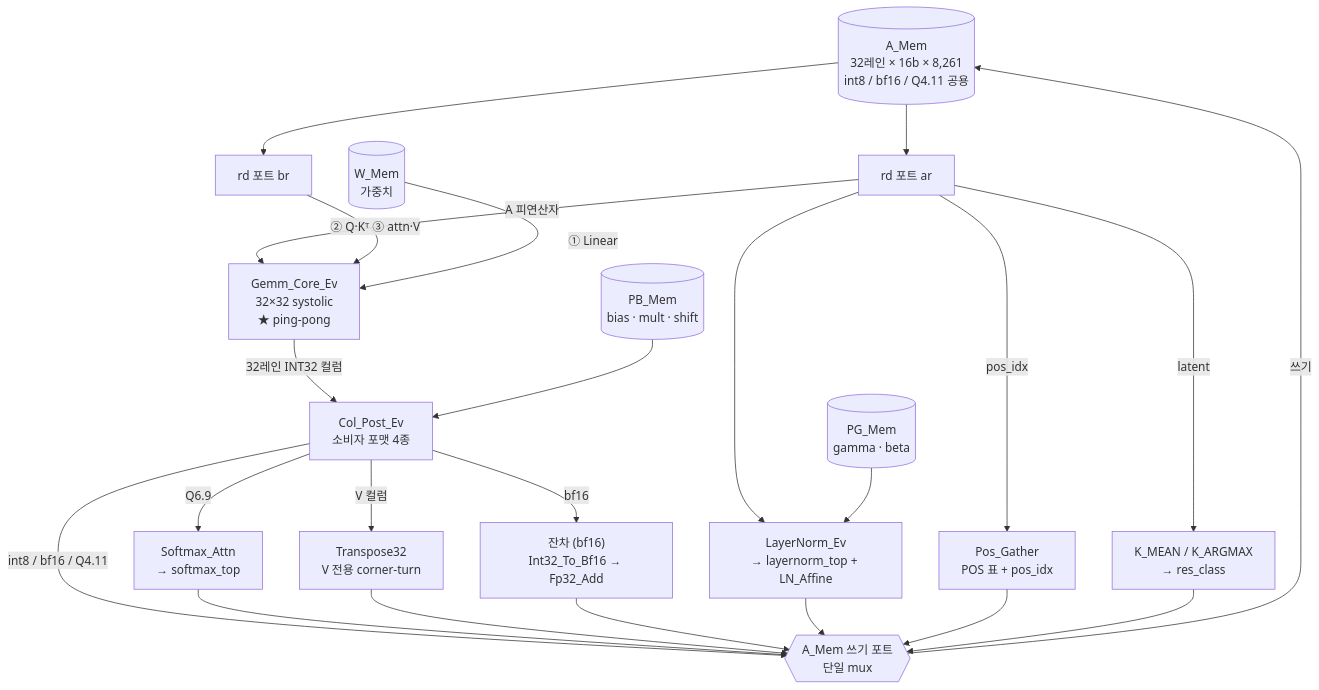
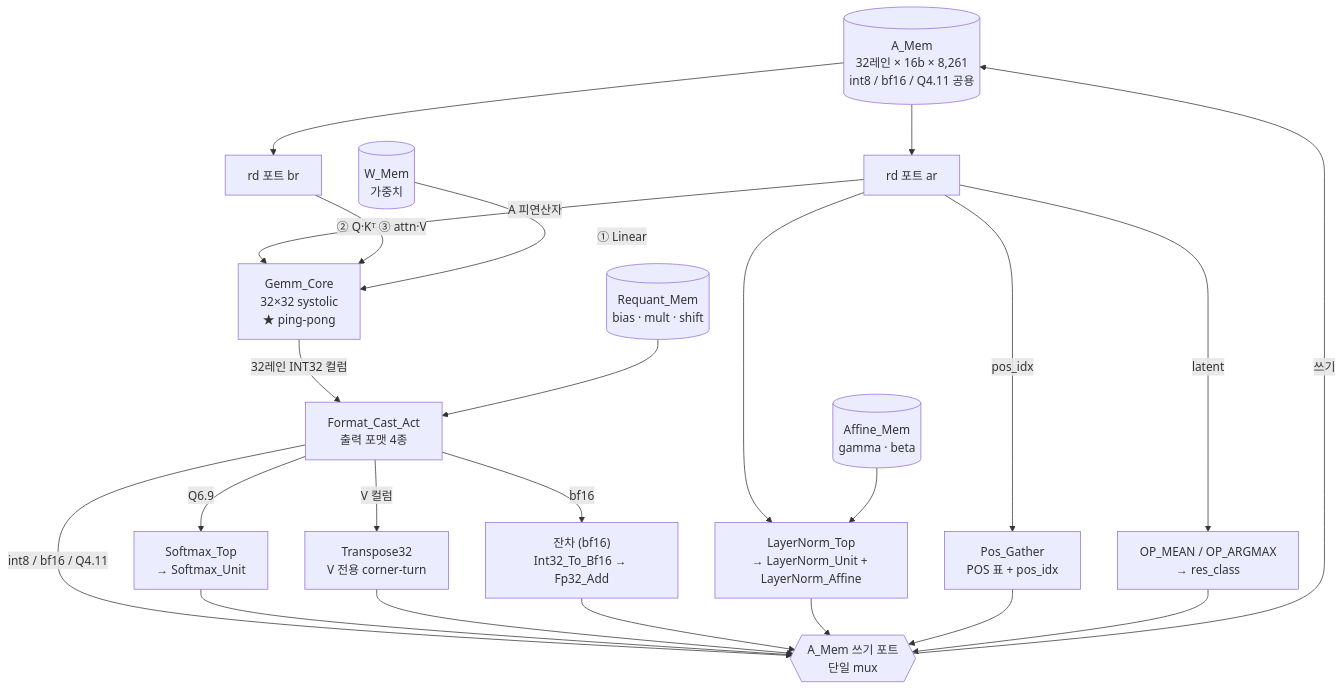
Before and after one commit to JM-DTCKT/EventTransformer: the second of 4 diagrams in FPGA_README.md, drawn with Mermaid. The commit also changed other lines of this file and 64 other files, not shown here.

````diff
--- a/FPGA_README.md
+++ b/FPGA_README.md
@@ -734,42 +744,42 @@
 ```mermaid
 flowchart TB
   AMEM[("A_Mem<br/>32레인 × 16b × 8,261<br/>int8 / bf16 / Q4.11 공용")]
   AR["rd 포트 ar"]
   BR["rd 포트 br"]
   WMEM[("W_Mem<br/>가중치")]
-  PBM[("PB_Mem<br/>bias · mult · shift")]
-  PGM[("PG_Mem<br/>gamma · beta")]
+  PBM[("Requant_Mem<br/>bias · mult · shift")]
+  PGM[("Affine_Mem<br/>gamma · beta")]
 
-  GEMM["Gemm_Core_Ev<br/>32×32 systolic<br/>★ ping-pong"]
-  COLP["Col_Post_Ev<br/>소비자 포맷 4종"]
-  SMX["Softmax_Attn<br/>→ softmax_top"]
+  GEMM["Gemm_Core<br/>32×32 systolic<br/>★ ping-pong"]
+  COLP["Format_Cast_Act<br/>출력 포맷 4종"]
+  SMX["Softmax_Top<br/>→ Softmax_Unit"]
   TRN["Transpose32<br/>V 전용 corner-turn"]
   RES["잔차 (bf16)<br/>Int32_To_Bf16 → Fp32_Add"]
-  LNV["LayerNorm_Ev<br/>→ layernorm_top + LN_Affine"]
+  LNV["LayerNorm_Top<br/>→ LayerNorm_Unit + LayerNorm_Affine"]
   POS["Pos_Gather<br/>POS 표 + pos_idx"]
-  CLS["K_MEAN / K_ARGMAX<br/>→ res_class"]
+  CLS["OP_MEAN / OP_ARGMAX<br/>→ res_class"]
   AWM{{"A_Mem 쓰기 포트<br/>단일 mux"}}
 
   AMEM --> AR
   AMEM --> BR
   AR -->|"A 피연산자"| GEMM
   BR -->|"② Q·Kᵀ ③ attn·V"| GEMM
   WMEM -->|"① Linear"| GEMM
   GEMM -->|"32레인 INT32 컬럼"| COLP
   PBM --> COLP
   COLP -->|"Q6.9"| SMX
   COLP -->|"V 컬럼"| TRN
   COLP -->|"bf16"| RES
   COLP -->|"int8 / bf16 / Q4.11"| AWM
   AR --> LNV
   PGM --> LNV
   AR -->|"pos_idx"| POS
   AR -->|"latent"| CLS
   SMX --> AWM
   TRN --> AWM
   RES --> AWM
   LNV --> AWM
   POS --> AWM
   CLS --> AWM
   AWM -->|"쓰기"| AMEM
 ```
````
